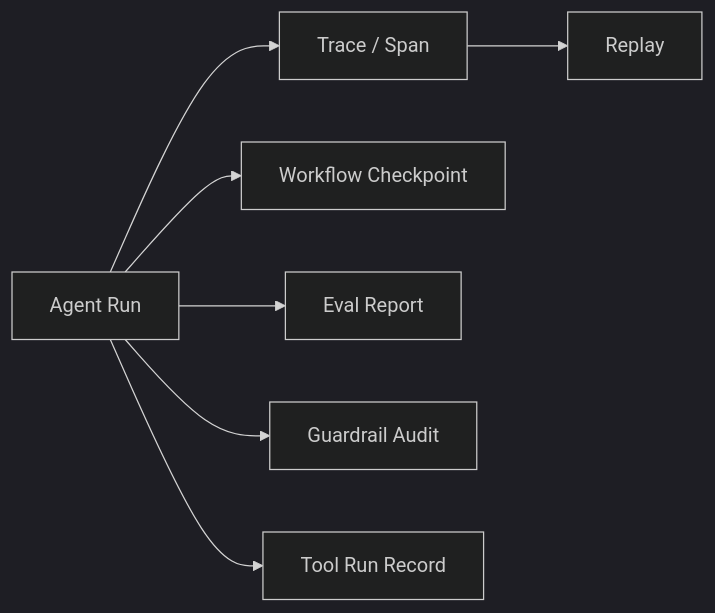
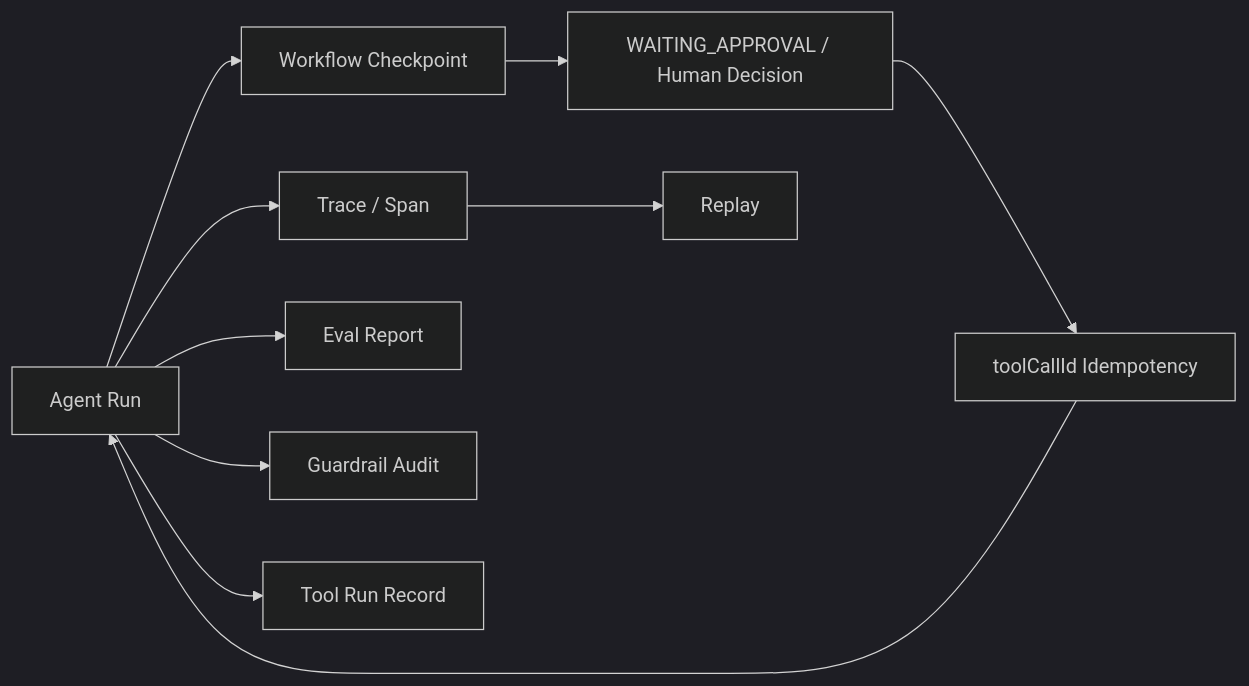
One commit to KunShengWang/enterprise-agent changed the fifth of 5 diagrams in docs/architecture.md. Above: the diagram before and after it, drawn with Mermaid (dark theme). The commit also changed other lines of this file and 32 other files, not shown here.

````diff
--- a/docs/architecture.md
+++ b/docs/architecture.md
@@ -150,17 +150,22 @@
 ```mermaid
 flowchart LR
     Run["Agent Run"]
+    Approval["WAITING_APPROVAL / Human Decision"]
+    Idempotency["toolCallId Idempotency"]
     Trace["Trace / Span"]
     Workflow["Workflow Checkpoint"]
     Eval["Eval Report"]
     GuardAudit["Guardrail Audit"]
     ToolRun["Tool Run Record"]
     Replay["Replay"]
 
     Run --> Trace
     Run --> Workflow
+    Workflow --> Approval
+    Approval --> Idempotency
+    Idempotency --> Run
     Run --> Eval
     Run --> GuardAudit
     Run --> ToolRun
     Trace --> Replay
 ```
````
